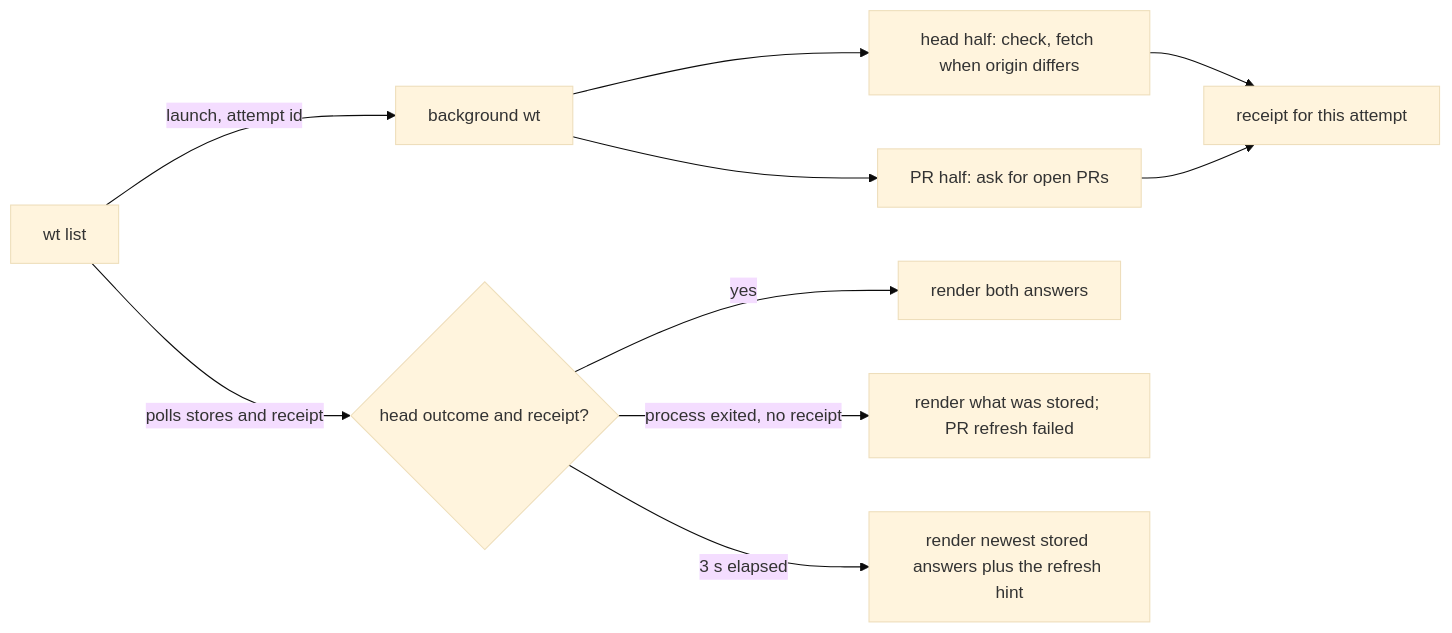
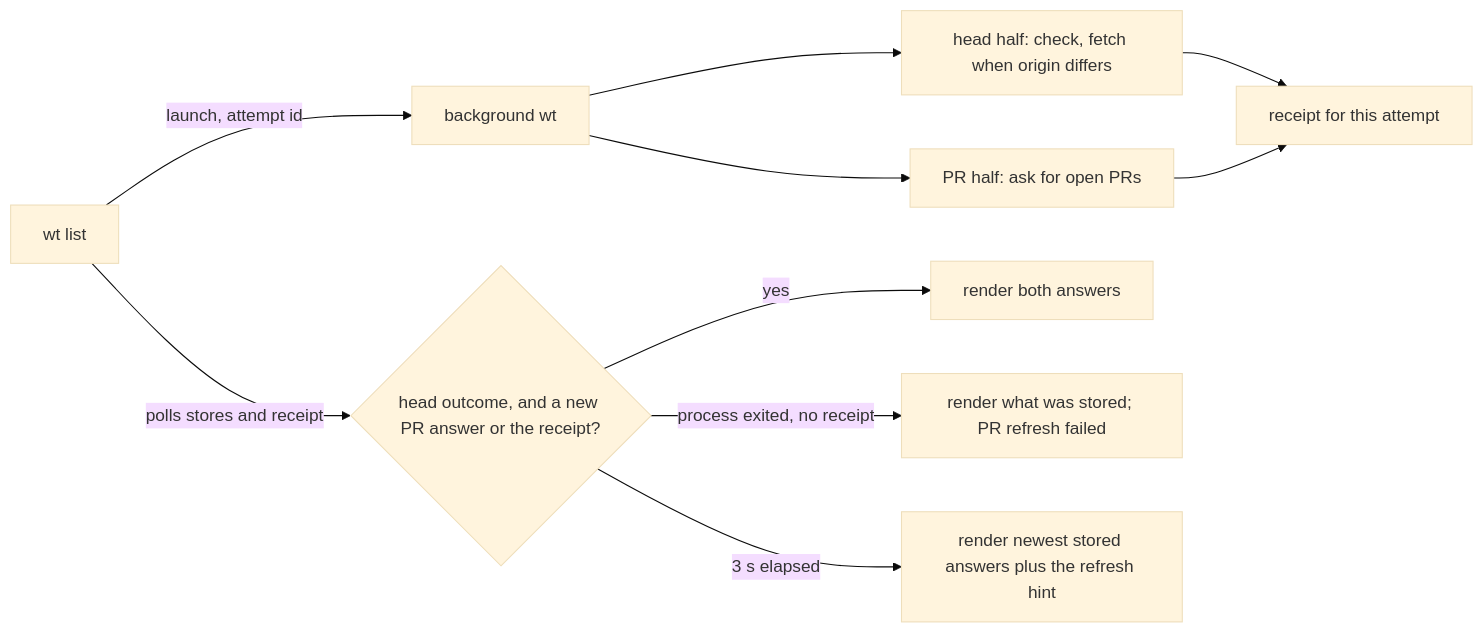
One commit to yankeeinlondon/rusty-biscuit changed the diagram in worktree/docs/cli/list.md. Above: the diagram before and after it, drawn with Mermaid (base theme). The commit also changed other lines of this file and 1 other file, not shown here.

First line of the commit message:
docs(worktree): correct receipt and retry wording for the PR refresh

````diff
--- a/worktree/docs/cli/list.md
+++ b/worktree/docs/cli/list.md
@@ -56,12 +58,12 @@
 ```mermaid
 flowchart LR
     L[wt list] -->|launch, attempt id| W[background wt]
     W --> H[head half: check, fetch when origin differs]
     W --> P[PR half: ask for open PRs]
     H --> R[receipt for this attempt]
     P --> R
-    L -->|polls stores and receipt| D{head outcome and receipt?}
+    L -->|polls stores and receipt| D{head outcome, and a new PR answer or the receipt?}
     D -->|yes| S[render both answers]
     D -->|process exited, no receipt| F[render what was stored; PR refresh failed]
     D -->|3 s elapsed| T[render newest stored answers plus the refresh hint]
 ```
````
